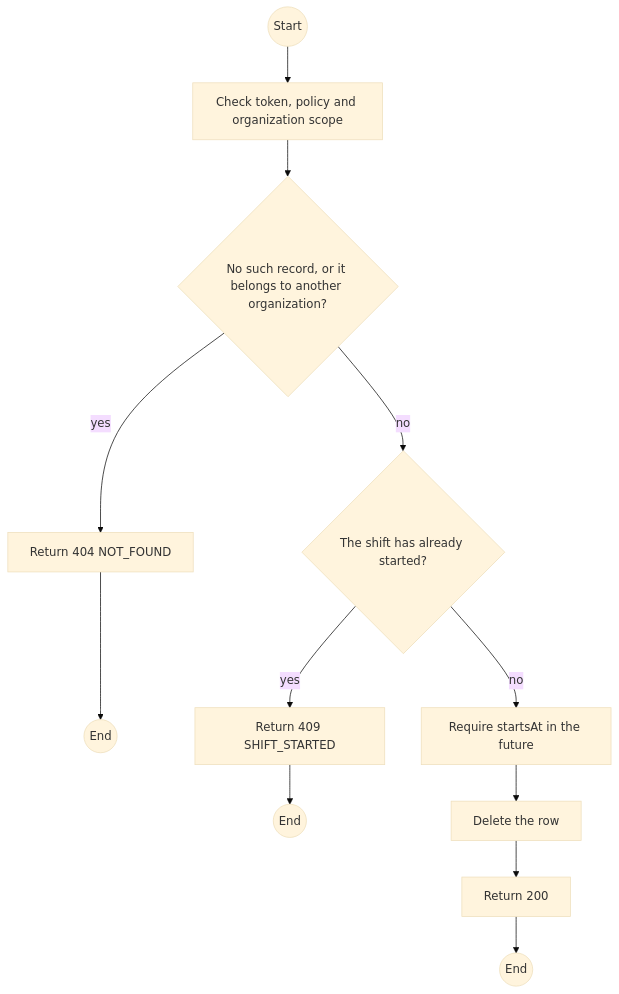
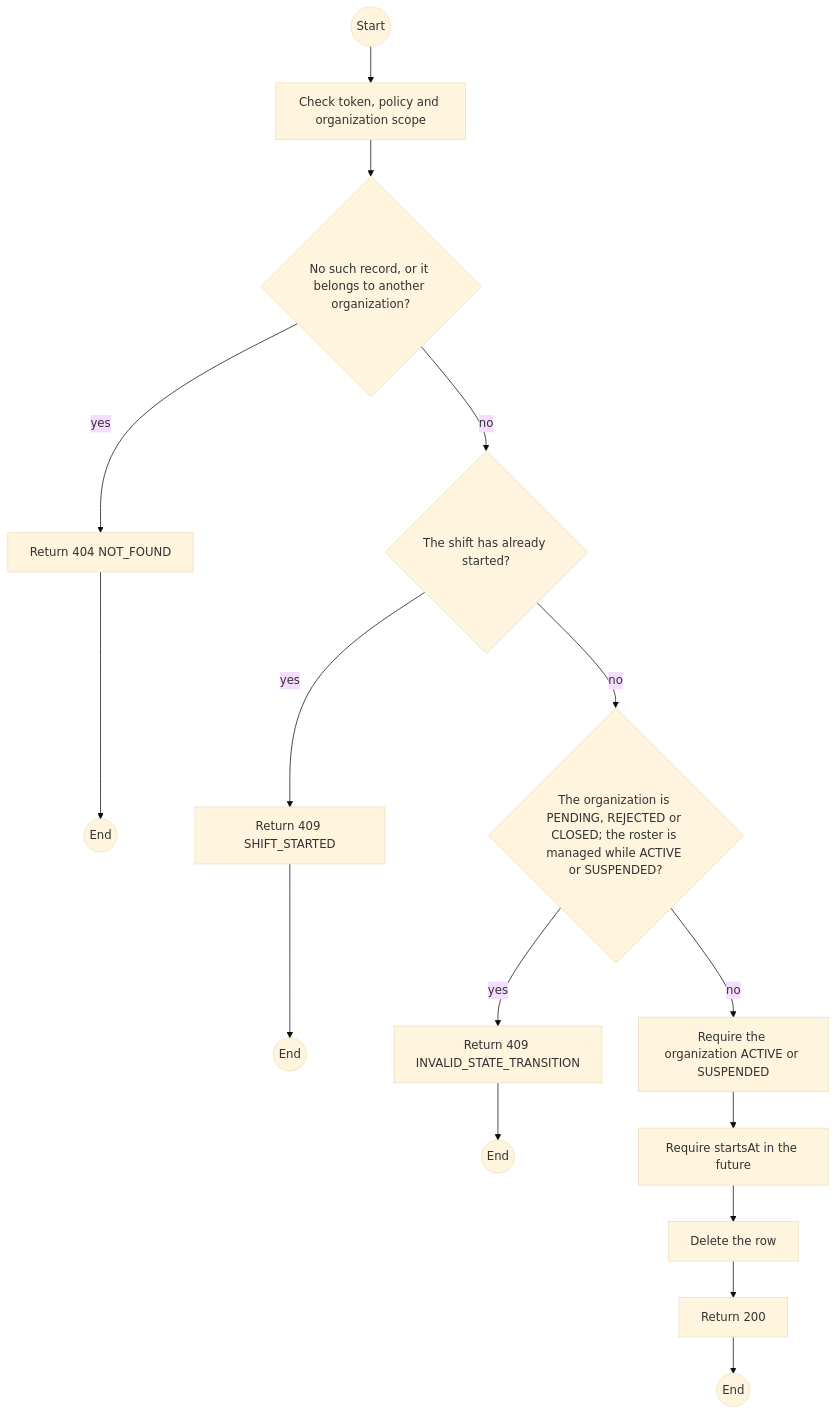
Before and after one commit to TrekLink-Team/treklink-web: the first of 2 diagrams in specs/organizations/api-design/19-delete-organizations-id-roster-shiftid.md, drawn with Mermaid (base theme). The commit also changed other lines of this file and 8 other files, not shown here.

````diff
--- a/specs/organizations/api-design/19-delete-organizations-id-roster-shiftid.md
+++ b/specs/organizations/api-design/19-delete-organizations-id-roster-shiftid.md
@@ -122,23 +139,30 @@
 ```mermaid
 flowchart TB
     S((Start))
     A0["Check token, policy and organization scope"]
     S --> A0
     D1{"No such record, or it belongs to another organization?"}
     A0 --> D1
     E1["Return 404 NOT_FOUND"]
     D1 -->|yes| E1
     E1 --> X1((End))
     D2{"The shift has already started?"}
     D1 -->|no| D2
     E2["Return 409 SHIFT_STARTED"]
     D2 -->|yes| E2
     E2 --> X2((End))
-    P0["Require startsAt in the future"]
-    D2 -->|no| P0
-    P1["Delete the row"]
+    D3{"The organization is PENDING, REJECTED or CLOSED; the roster is managed while ACTIVE or SUSPENDED?"}
+    D2 -->|no| D3
+    E3["Return 409 INVALID_STATE_TRANSITION"]
+    D3 -->|yes| E3
+    E3 --> X3((End))
+    P0["Require the organization ACTIVE or SUSPENDED"]
+    D3 -->|no| P0
+    P1["Require startsAt in the future"]
     P0 --> P1
+    P2["Delete the row"]
+    P1 --> P2
     OK["Return 200"]
-    P1 --> OK
+    P2 --> OK
     OK --> Z((End))
 ```
````
